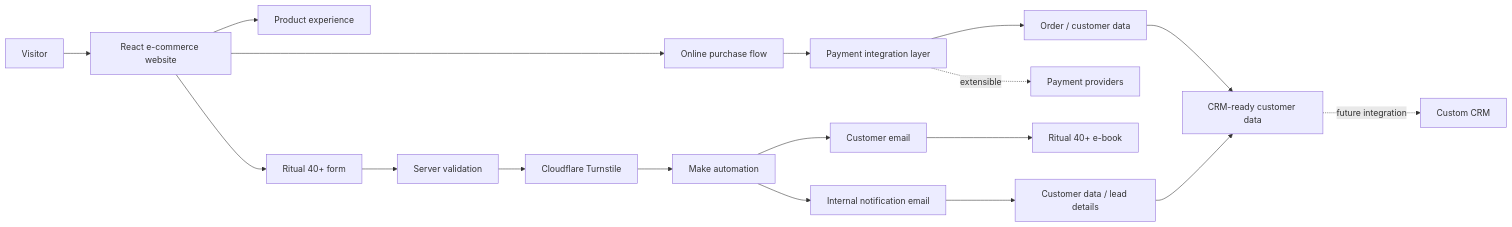
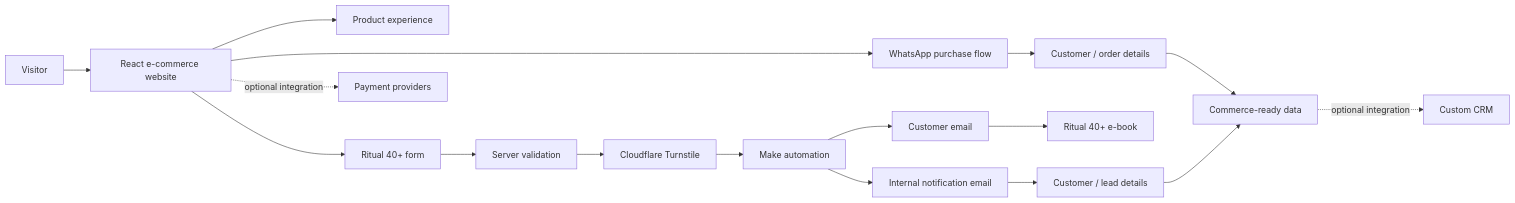
Before and after one commit to diegofrancoe/diegofrancoe: the third of 3 diagrams in README.md, drawn with Mermaid. The commit also changed other lines of this file, not shown here.

Commit message:
Correct 40+ current WhatsApp purchase architecture

```diff
--- a/README.md
+++ b/README.md
@@ -128,26 +128,25 @@
 ~~~mermaid
 flowchart LR
     VISITOR[Visitor] --> WEB[React e-commerce website]
     WEB --> PRODUCT[Product experience]
-    WEB --> CHECKOUT[Online purchase flow]
+    WEB --> WA[WhatsApp purchase flow]
     WEB --> FORM[Ritual 40+ form]
 
-    CHECKOUT --> PAYMENTS[Payment integration layer]
-    PAYMENTS --> ORDER[Order / customer data]
+    WA --> ORDER[Customer / order details]
 
     FORM --> VALIDATION[Server validation]
     VALIDATION --> TURNSTILE[Cloudflare Turnstile]
     TURNSTILE --> MAKE[Make automation]
 
     MAKE --> CUSTOMER[Customer email]
     CUSTOMER --> EBOOK[Ritual 40+ e-book]
 
     MAKE --> INTERNAL[Internal notification email]
-    INTERNAL --> DATA[Customer data / lead details]
+    INTERNAL --> DATA[Customer / lead details]
 
-    ORDER --> CRM[CRM-ready customer data]
-    DATA --> CRM
+    ORDER --> COMMERCE[Commerce-ready data]
+    DATA --> COMMERCE
 
-    CRM -. future integration .-> CUSTOMCRM[Custom CRM]
-    PAYMENTS -. extensible .-> GATEWAY[Payment providers]
+    COMMERCE -. optional integration .-> CRM[Custom CRM]
+    WEB -. optional integration .-> PAYMENTS[Payment providers]
 ~~~
```
